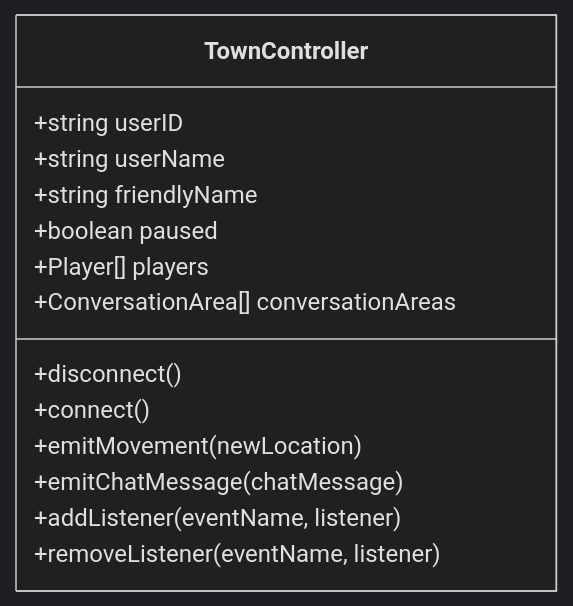
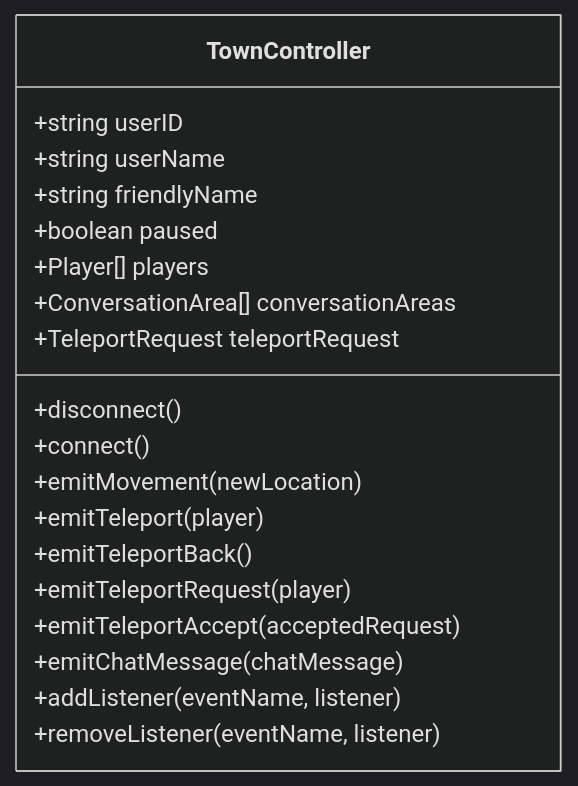
The third of 5 diagrams in docs/architecture.md (neu-cs4530/spring-23-team-514), drawn with Mermaid (dark theme) before and after one commit. The commit also changed other lines of this file, not shown here.

First line of the commit message:
Update architecture.md

````diff
--- a/docs/architecture.md
+++ b/docs/architecture.md
@@ -61,17 +61,22 @@
 ```mermaid
 classDiagram
 class TownController{
     +string userID
     +string userName
     +string friendlyName
     +boolean paused
     +Player[] players
     +ConversationArea[] conversationAreas
+    +TeleportRequest teleportRequest
     +disconnect()
     +connect()
     +emitMovement(newLocation)
+    +emitTeleport(player)
+    +emitTeleportBack()
+    +emitTeleportRequest(player)
+    +emitTeleportAccept(acceptedRequest)
     +emitChatMessage(chatMessage)
     +addListener(eventName, listener)
     +removeListener(eventName, listener)
 }
 ```
````
